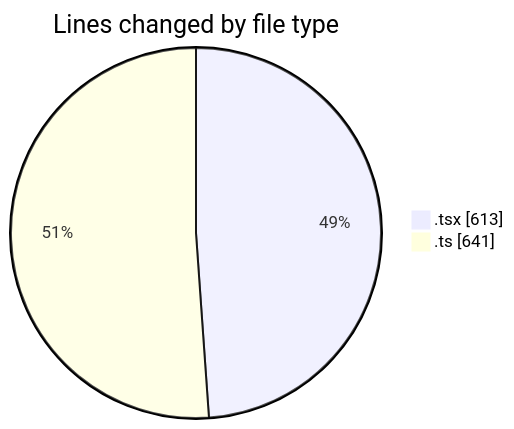
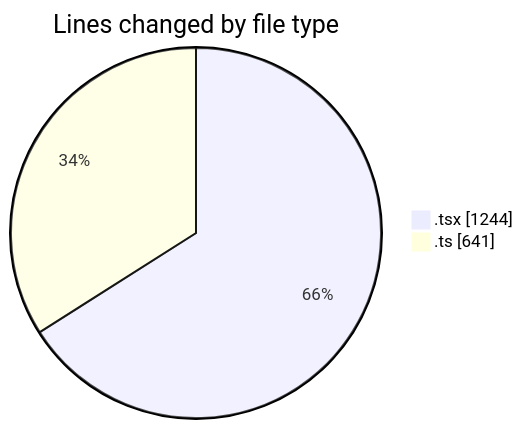
Before and after one commit to nxtqubesakshisongat/code-tracking: the first of 2 diagrams in 2026-02-24/nxtqube_webapp/README.md, drawn with Mermaid. The commit also changed other lines of this file and 1 other file, not shown here.

````diff
--- a/2026-02-24/nxtqube_webapp/README.md
+++ b/2026-02-24/nxtqube_webapp/README.md
@@ -24,6 +25,6 @@
 ```mermaid
 pie showData
 title Lines changed by file type
-".tsx" : 613
+".tsx" : 1244
 ".ts" : 641
 ```
````
